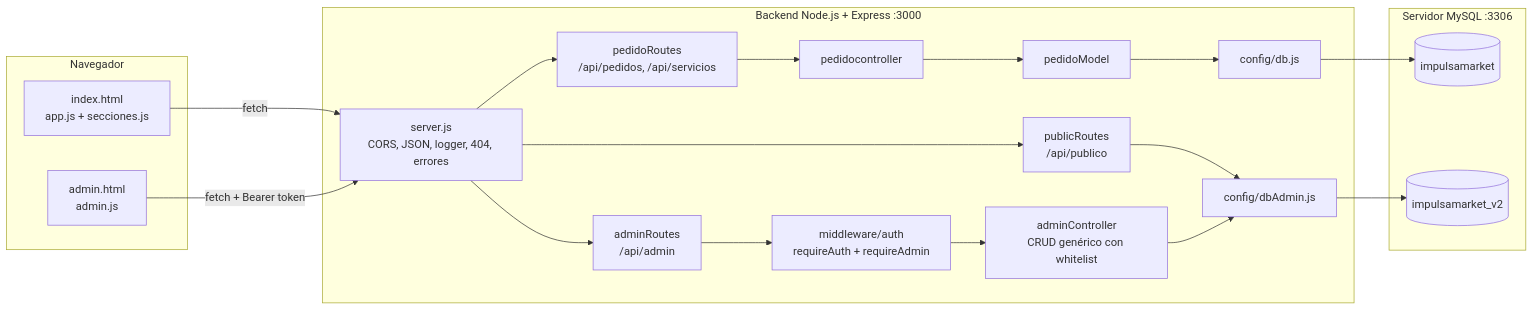
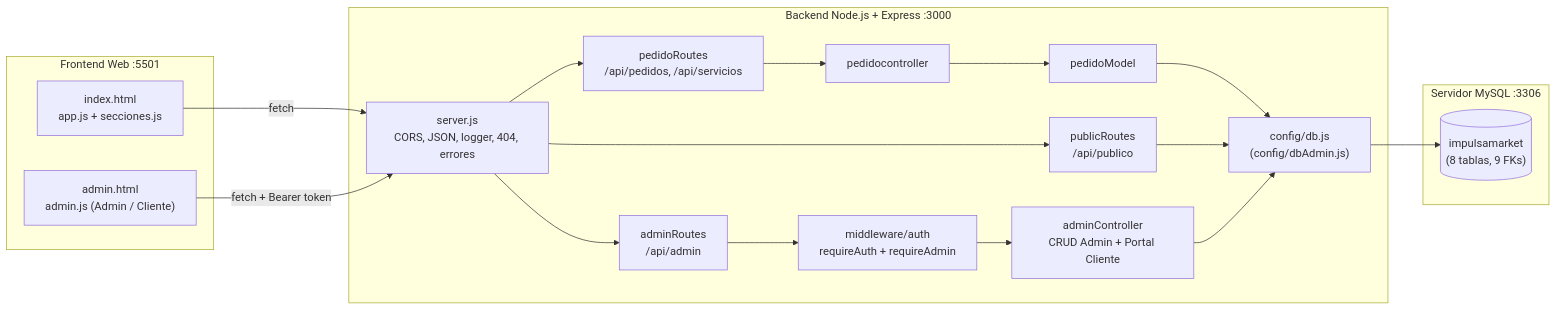
The first of 2 diagrams in README.md (Nrsebas/impulsamarket), drawn with Mermaid before and after one commit. The commit also changed other lines of this file and 20 other files, not shown here.

````diff
--- a/README.md
+++ b/README.md
@@ -68,31 +77,29 @@
 ```mermaid
 flowchart LR
-    subgraph Cliente["Navegador"]
+    subgraph Cliente["Frontend Web :5501"]
         IDX["index.html<br/>app.js + secciones.js"]
-        ADM["admin.html<br/>admin.js"]
+        ADM["admin.html<br/>admin.js (Admin / Cliente)"]
     end
 
     subgraph API["Backend Node.js + Express :3000"]
         SRV["server.js<br/>CORS, JSON, logger, 404, errores"]
         RP["pedidoRoutes<br/>/api/pedidos, /api/servicios"]
         RPUB["publicRoutes<br/>/api/publico"]
         RA["adminRoutes<br/>/api/admin"]
         MW["middleware/auth<br/>requireAuth + requireAdmin"]
         PC["pedidocontroller"]
         PM["pedidoModel"]
-        AC["adminController<br/>CRUD genérico con whitelist"]
-        DB1["config/db.js"]
-        DB2["config/dbAdmin.js"]
+        AC["adminController<br/>CRUD Admin + Portal Cliente"]
+        DB1["config/db.js<br/>(config/dbAdmin.js)"]
     end
 
     subgraph MySQL["Servidor MySQL :3306"]
-        V1[("impulsamarket")]
-        V2[("impulsamarket_v2")]
+        DB[("impulsamarket<br/>(8 tablas, 9 FKs)")]
     end
 
     IDX -- fetch --> SRV
     ADM -- "fetch + Bearer token" --> SRV
-    SRV --> RP --> PC --> PM --> DB1 --> V1
-    SRV --> RPUB --> DB2
-    SRV --> RA --> MW --> AC --> DB2 --> V2
+    SRV --> RP --> PC --> PM --> DB1 --> DB
+    SRV --> RPUB --> DB1
+    SRV --> RA --> MW --> AC --> DB1
 ```
````
